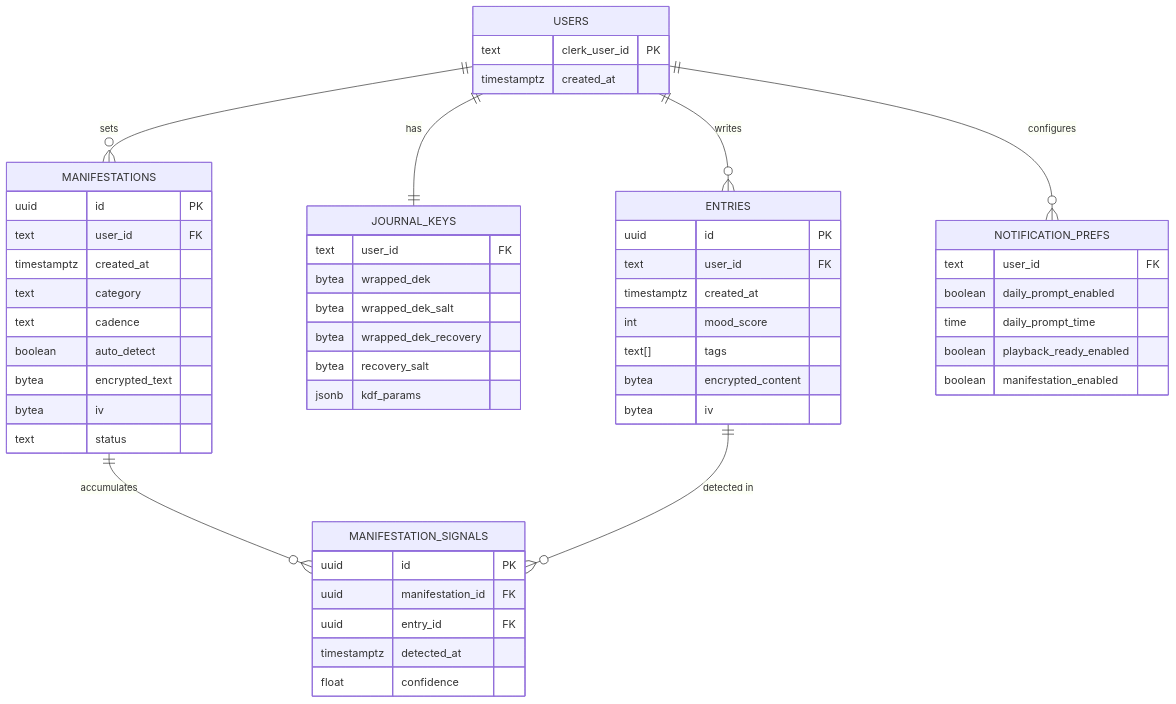
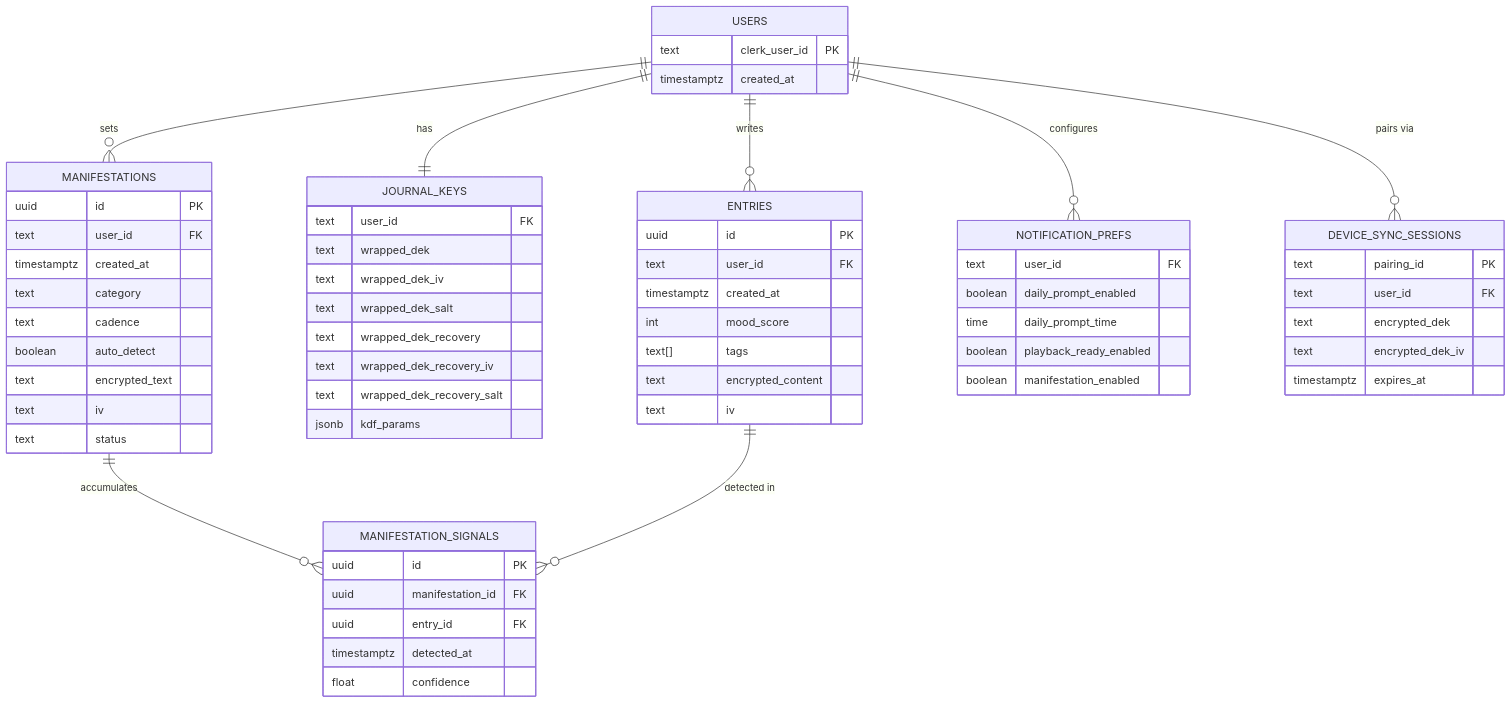
The first of 10 diagrams in docs/ARCHITECTURE.md (sipandey/the-nook), drawn with Mermaid before and after one commit. The commit also changed other lines of this file and 1 other file, not shown here.

````diff
--- a/docs/ARCHITECTURE.md
+++ b/docs/ARCHITECTURE.md
@@ -45,56 +45,66 @@
 ```mermaid
 erDiagram
     USERS ||--o{ ENTRIES : writes
     USERS ||--|| JOURNAL_KEYS : has
     USERS ||--o{ MANIFESTATIONS : sets
     MANIFESTATIONS ||--o{ MANIFESTATION_SIGNALS : accumulates
     ENTRIES ||--o{ MANIFESTATION_SIGNALS : "detected in"
     USERS ||--o{ NOTIFICATION_PREFS : configures
+    USERS ||--o{ DEVICE_SYNC_SESSIONS : "pairs via"
 
     USERS {
         text clerk_user_id PK
         timestamptz created_at
     }
     JOURNAL_KEYS {
         text user_id FK
-        bytea wrapped_dek
-        bytea wrapped_dek_salt
-        bytea wrapped_dek_recovery
-        bytea recovery_salt
+        text wrapped_dek
+        text wrapped_dek_iv
+        text wrapped_dek_salt
+        text wrapped_dek_recovery
+        text wrapped_dek_recovery_iv
+        text wrapped_dek_recovery_salt
         jsonb kdf_params
     }
     ENTRIES {
         uuid id PK
         text user_id FK
         timestamptz created_at
         int mood_score
         text[] tags
-        bytea encrypted_content
-        bytea iv
+        text encrypted_content
+        text iv
     }
     MANIFESTATIONS {
         uuid id PK
         text user_id FK
         timestamptz created_at
         text category
         text cadence
         boolean auto_detect
-        bytea encrypted_text
-        bytea iv
+        text encrypted_text
+        text iv
         text status
     }
     MANIFESTATION_SIGNALS {
         uuid id PK
         uuid manifestation_id FK
         uuid entry_id FK
         timestamptz detected_at
         float confidence
     }
     NOTIFICATION_PREFS {
         text user_id FK
         boolean daily_prompt_enabled
         time daily_prompt_time
         boolean playback_ready_enabled
         boolean manifestation_enabled
     }
+    DEVICE_SYNC_SESSIONS {
+        text pairing_id PK
+        text user_id FK
+        text encrypted_dek
+        text encrypted_dek_iv
+        timestamptz expires_at
+    }
 ```
````
